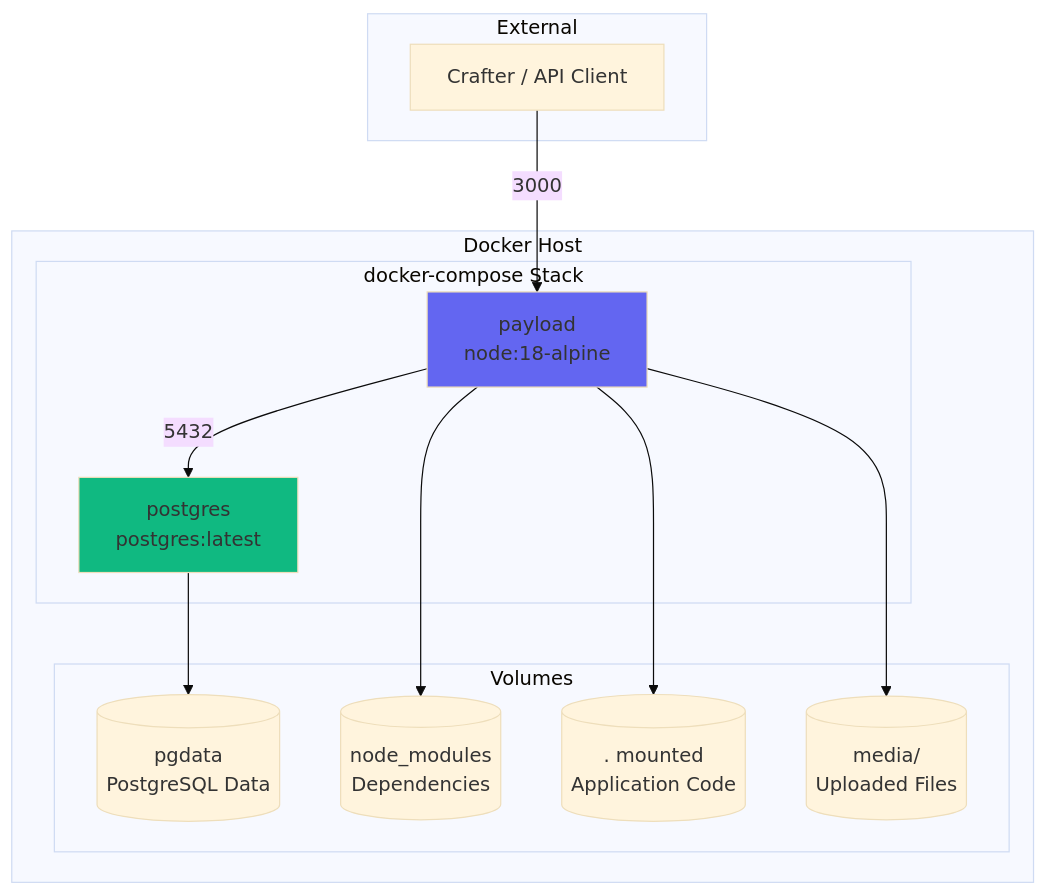
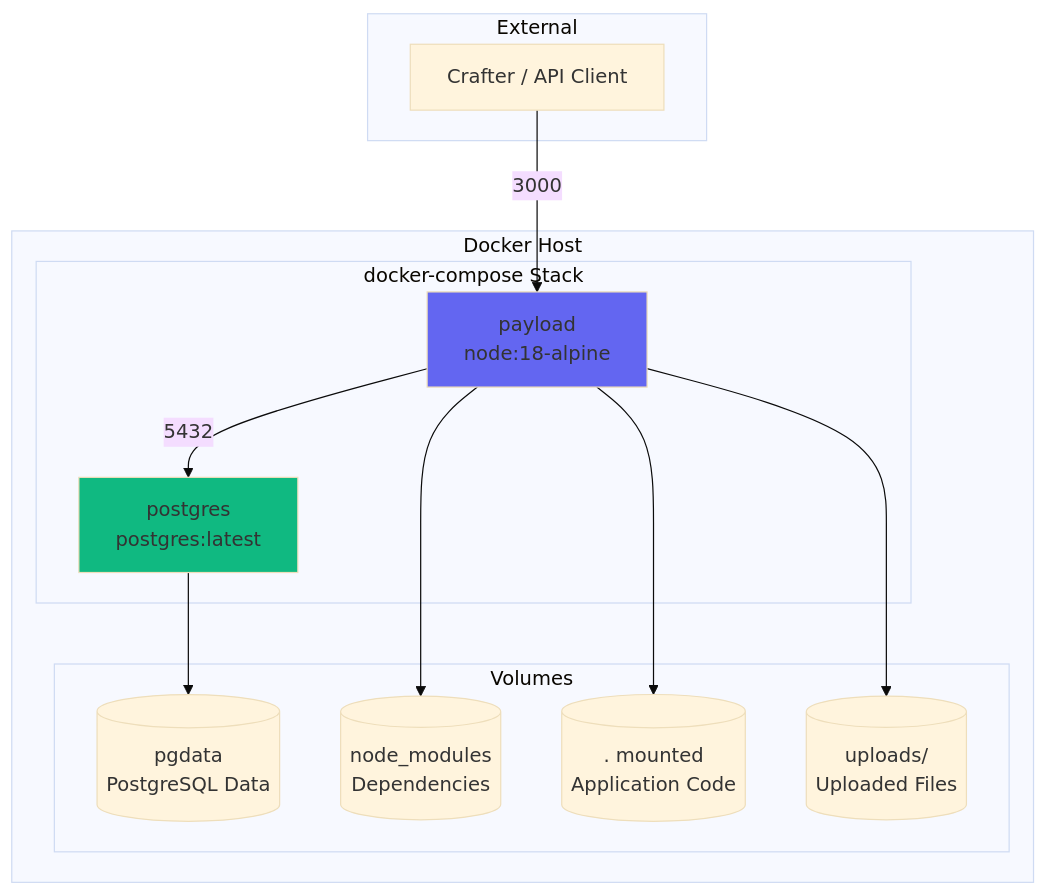
The fourth of 12 diagrams in apps/docs/src/arc42/07-deployment-view.md (mainzcript/ujl), drawn with Mermaid (base theme) before and after one commit. The commit also changed other lines of this file and 21 other files, not shown here.

Commit message:
refactor: update documentation to rename media terminology to image, clarify storage modes, and enhance consistency across architecture sections, including examples and API references

````diff
--- a/apps/docs/src/arc42/07-deployment-view.md
+++ b/apps/docs/src/arc42/07-deployment-view.md
@@ -260,31 +260,31 @@
 ```mermaid
 graph TB
     subgraph "Docker Host"
         subgraph "docker-compose Stack"
             PayloadContainer[payload<br/>node:18-alpine]
             PostgresContainer[postgres<br/>postgres:latest]
         end
 
         subgraph "Volumes"
             PGData[(pgdata<br/>PostgreSQL Data)]
             NodeModules[(node_modules<br/>Dependencies)]
             AppVolume[(. mounted<br/>Application Code)]
-            MediaFiles[(media/<br/>Uploaded Files)]
+            Uploads[(uploads/<br/>Uploaded Files)]
         end
     end
 
     subgraph "External"
         Client[Crafter / API Client]
     end
 
     PayloadContainer -->|5432| PostgresContainer
     PostgresContainer --> PGData
     PayloadContainer --> NodeModules
     PayloadContainer --> AppVolume
-    PayloadContainer --> MediaFiles
+    PayloadContainer --> Uploads
 
     Client -->|3000| PayloadContainer
 
     style PayloadContainer fill:#6366f1
     style PostgresContainer fill:#10b981
 ```
````
